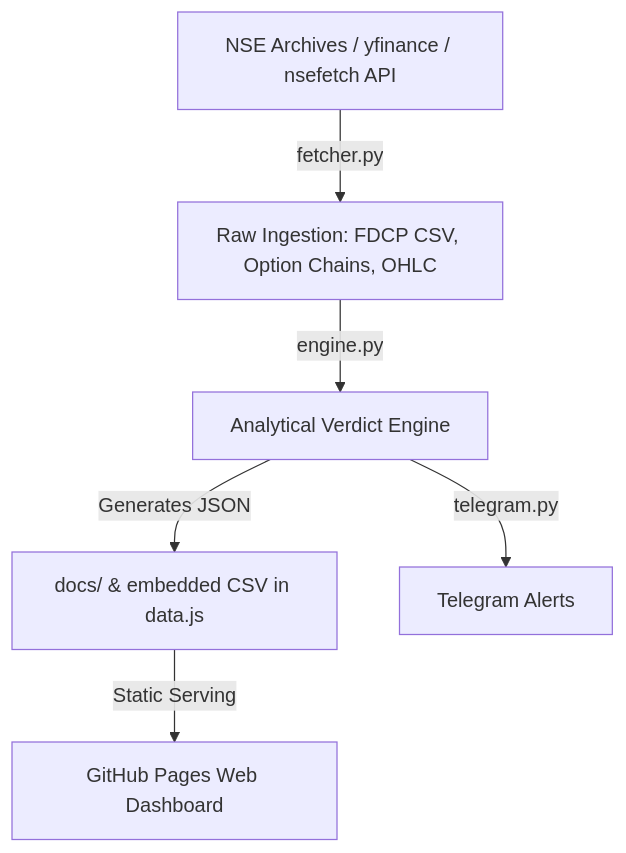
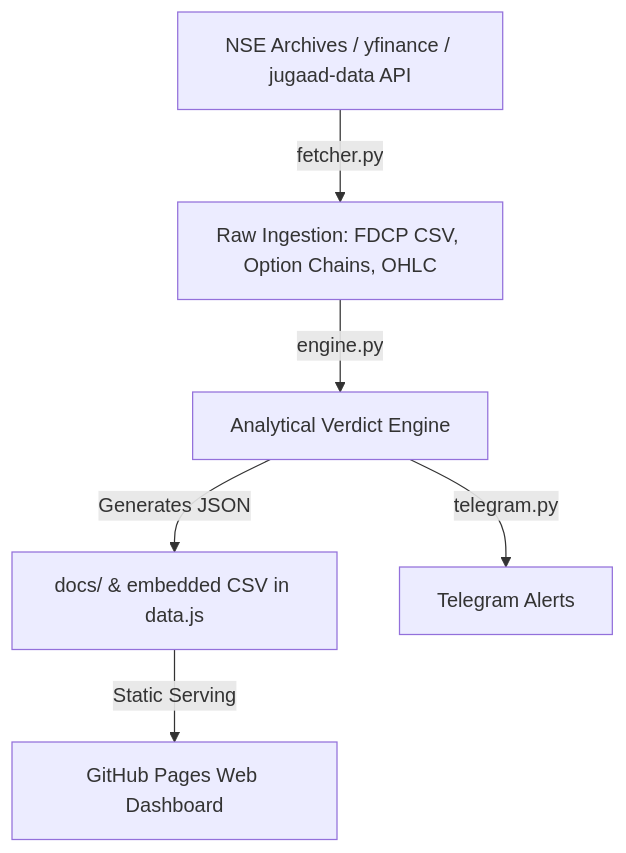
Before and after one commit to misterdas/NFOD: the diagram in AGENTS.md, drawn with Mermaid. The commit also changed other lines of this file and 6 other files, not shown here.

Commit message:
Replace nsefetch with jugaad-data; incremental FDCP/OHLC fetch; update FNO list

````diff
--- a/AGENTS.md
+++ b/AGENTS.md
@@ -15,8 +15,8 @@
 ```mermaid
 graph TD
-    A[NSE Archives / yfinance / nsefetch API] -->|fetcher.py| B[Raw Ingestion: FDCP CSV, Option Chains, OHLC]
+    A[NSE Archives / yfinance / jugaad-data API] -->|fetcher.py| B[Raw Ingestion: FDCP CSV, Option Chains, OHLC]
     B -->|engine.py| C[Analytical Verdict Engine]
     C -->|Generates JSON| D[docs/ & embedded CSV in data.js]
     C -->|telegram.py| E[Telegram Alerts]
     D -->|Static Serving| F[GitHub Pages Web Dashboard]
 ```
````
